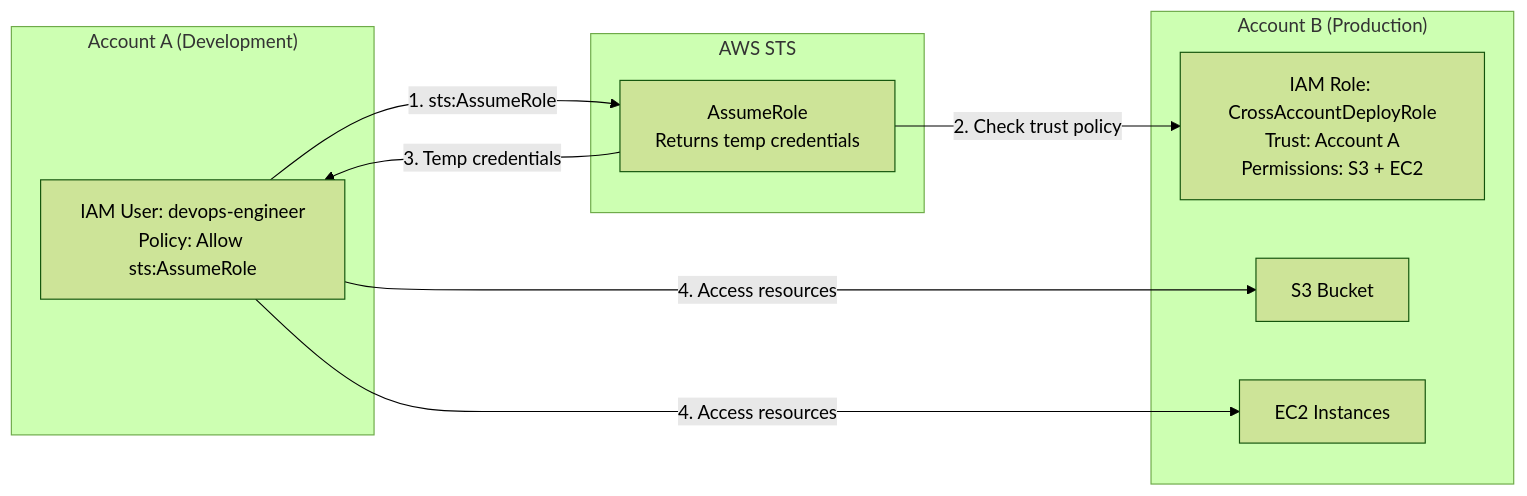
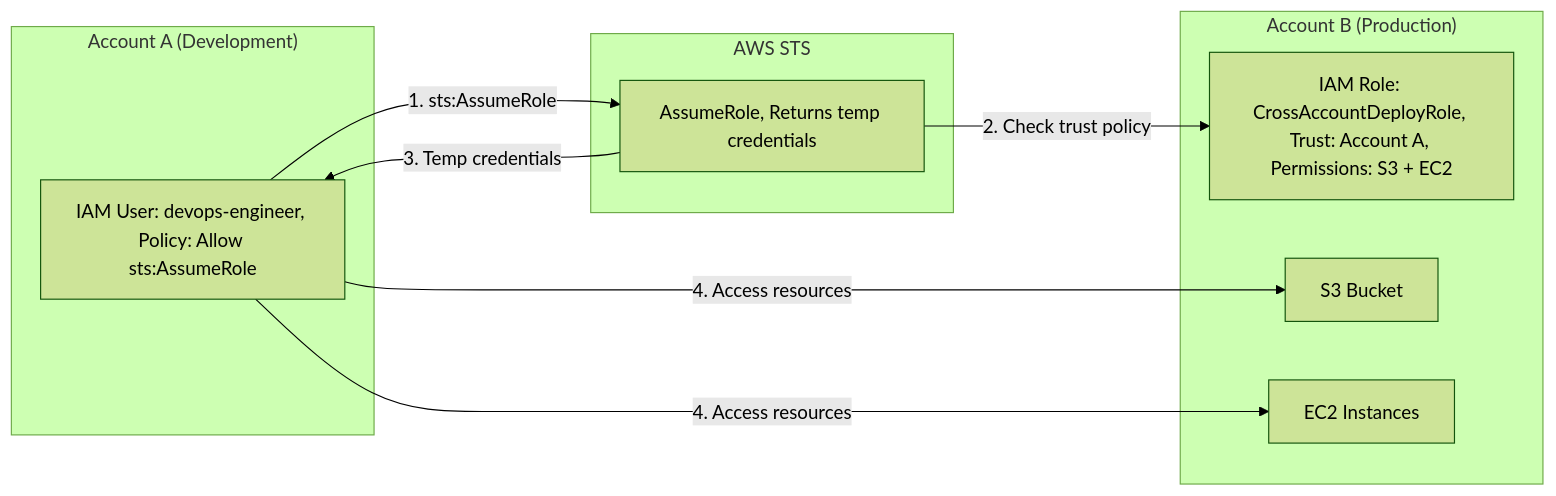
Before and after one commit to DeeptiShuklaProject/Uday_AWS: the second of 2 diagrams in Chapter_23_AWS_STS.md, drawn with Mermaid (forest theme). The commit also changed other lines of this file and 34 other files, not shown here.

Commit message:
Fix mermaid diagrams syntax across all chapters (quote labels and remove HTML)

````diff
--- a/Chapter_23_AWS_STS.md
+++ b/Chapter_23_AWS_STS.md
@@ -444,21 +444,21 @@
 ```mermaid
 flowchart LR
     subgraph AccountA["Account A (Development)"]
-        DevOps[IAM User: devops-engineer<br>Policy: Allow sts:AssumeRole]
+        DevOps["IAM User: devops-engineer, Policy: Allow sts:AssumeRole"]
     end
 
     subgraph STS_Service["AWS STS"]
-        STS[AssumeRole<br>Returns temp credentials]
+        STS["AssumeRole, Returns temp credentials"]
     end
 
     subgraph AccountB["Account B (Production)"]
-        Role[IAM Role: CrossAccountDeployRole<br>Trust: Account A<br>Permissions: S3 + EC2]
+        Role["IAM Role: CrossAccountDeployRole, Trust: Account A, Permissions: S3 + EC2"]
         S3[S3 Bucket]
         EC2[EC2 Instances]
     end
 
     DevOps -->|1. sts:AssumeRole| STS
     STS -->|2. Check trust policy| Role
     STS -->|3. Temp credentials| DevOps
     DevOps -->|4. Access resources| S3 & EC2
 ```
````
